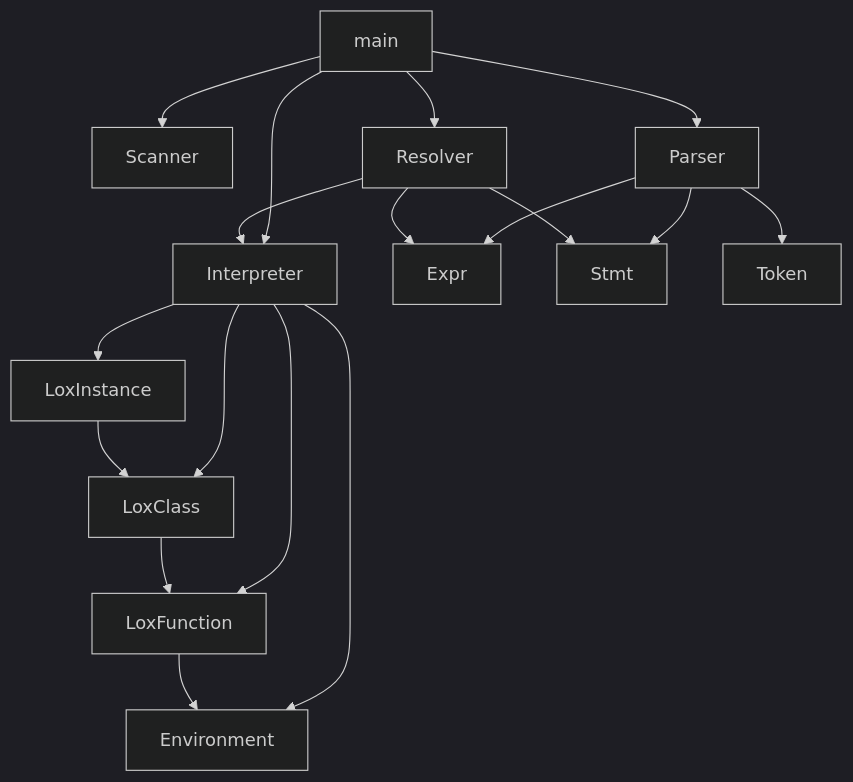
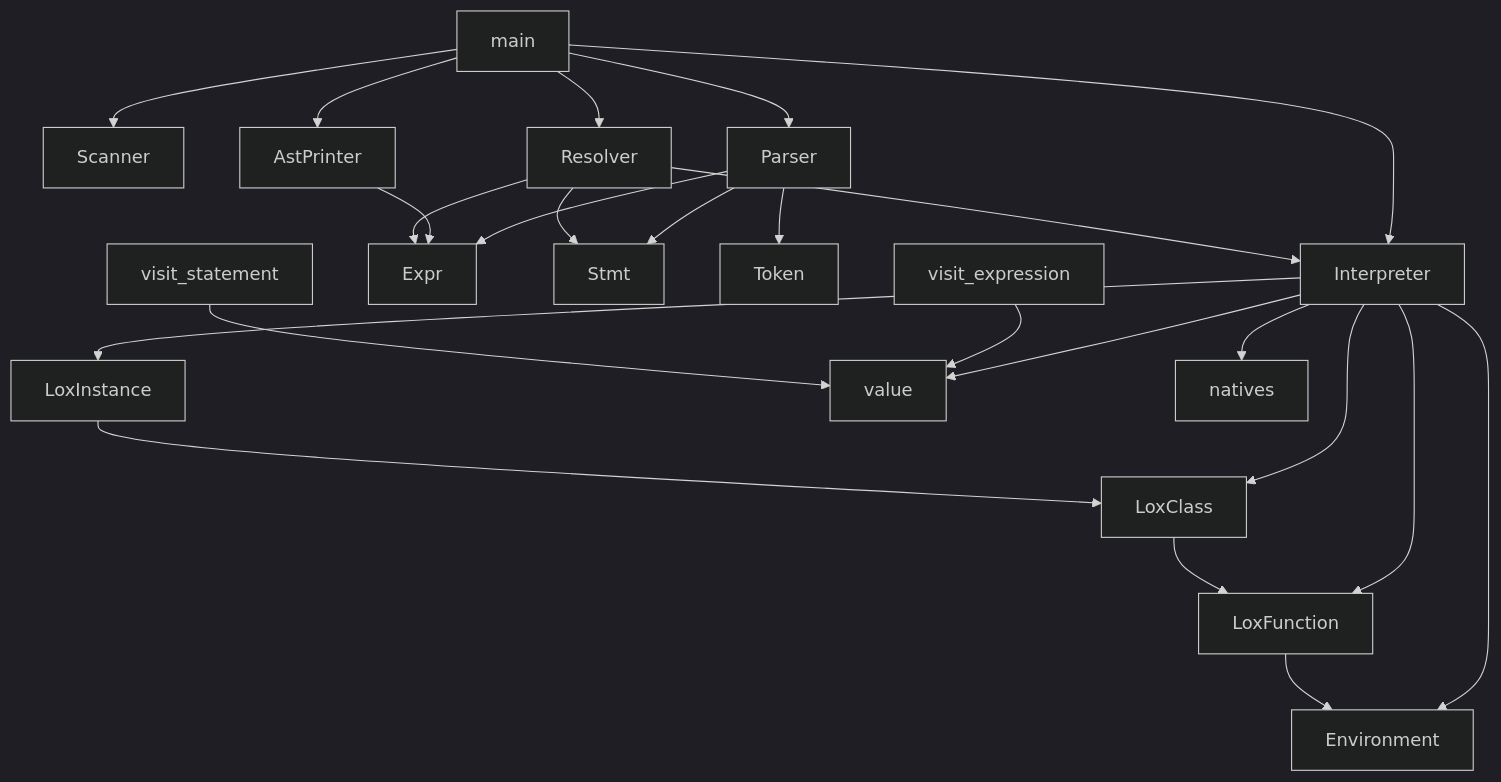
One commit to IshpreetSingh8264/Interpreter-Cpp changed the tenth of 11 diagrams in docs/ARCHITECTURE.md. Above: the diagram before and after it, drawn with Mermaid (dark theme). The commit also changed other lines of this file and 5 other files, not shown here.

First line of the commit message:
docs: add the agent-facing architecture doc and refresh both flow docs

````diff
--- a/docs/ARCHITECTURE.md
+++ b/docs/ARCHITECTURE.md
@@ -235,24 +333,32 @@
 ```mermaid
 graph TD
     main --> Scanner
     main --> Parser
     main --> Resolver
     main --> Interpreter
-    
+    main --> AstPrinter
+
     Parser --> Expr
     Parser --> Stmt
     Parser --> Token
-    
+
+    AstPrinter --> Expr
+
     Resolver --> Interpreter
     Resolver --> Stmt
     Resolver --> Expr
-    
+
     Interpreter --> Environment
     Interpreter --> LoxFunction
     Interpreter --> LoxClass
     Interpreter --> LoxInstance
-    
+    Interpreter --> value
+    Interpreter --> natives
+
+    visit_expression --> value
+    visit_statement --> value
+
     LoxFunction --> Environment
     LoxClass --> LoxFunction
     LoxInstance --> LoxClass
 ```
````
